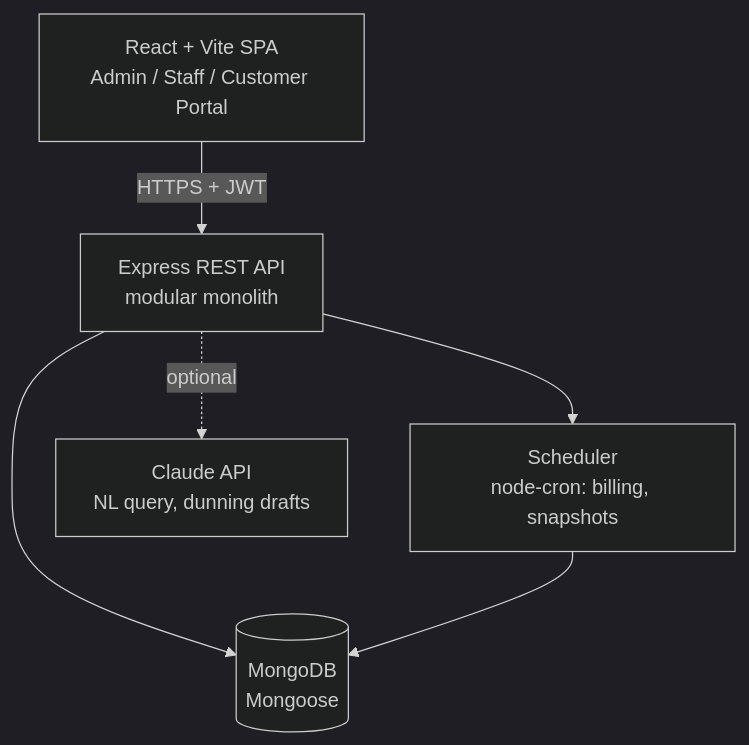
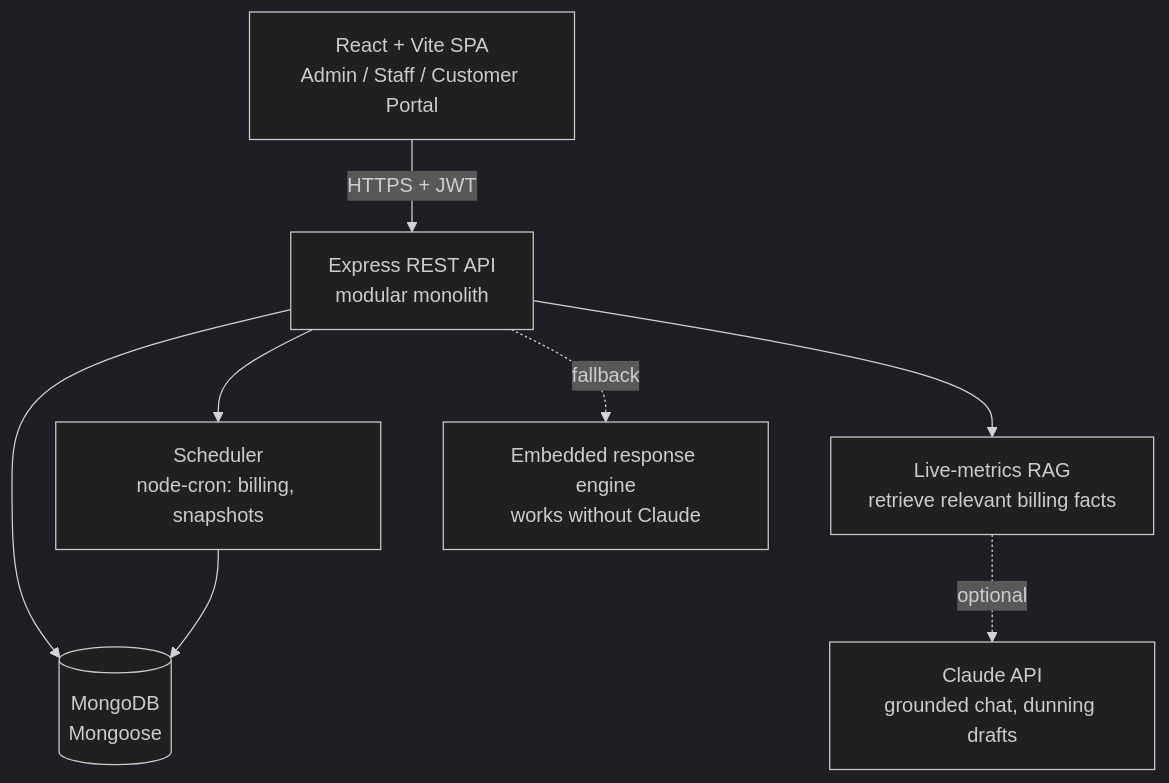
One commit to Adityajurel/NexSub changed the diagram in README.md. Above: the diagram before and after it, drawn with Mermaid (dark theme). The commit also changed other lines of this file and 31 other files, not shown here.

````diff
--- a/README.md
+++ b/README.md
@@ -53,8 +42,10 @@
 ```mermaid
 flowchart TD
     A[React + Vite SPA<br/>Admin / Staff / Customer Portal] -->|HTTPS + JWT| B[Express REST API<br/>modular monolith]
     B --> C[(MongoDB<br/>Mongoose)]
     B --> D[Scheduler<br/>node-cron: billing, snapshots]
     D --> C
-    B -.optional.-> E[Claude API<br/>NL query, dunning drafts]
+    B --> F[Live-metrics RAG<br/>retrieve relevant billing facts]
+    F -.optional.-> E[Claude API<br/>grounded chat, dunning drafts]
+    B -.fallback.-> G[Embedded response engine<br/>works without Claude]
 ```
````
